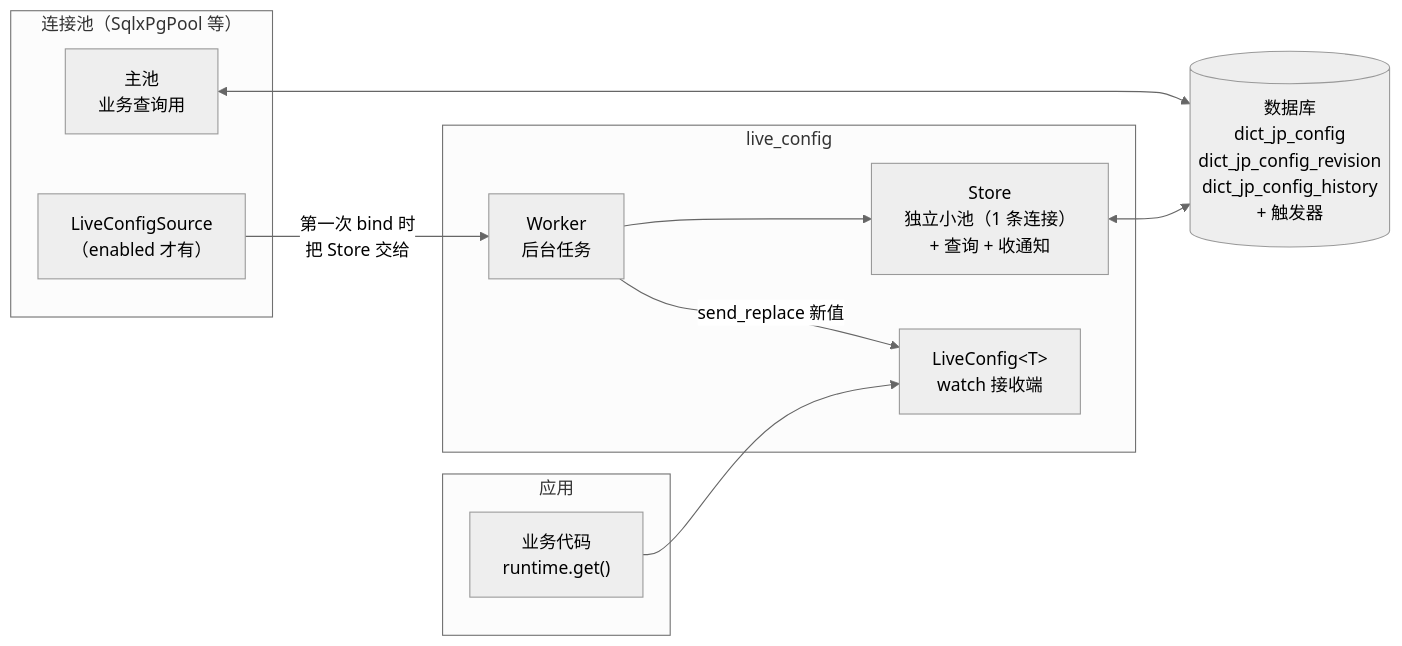
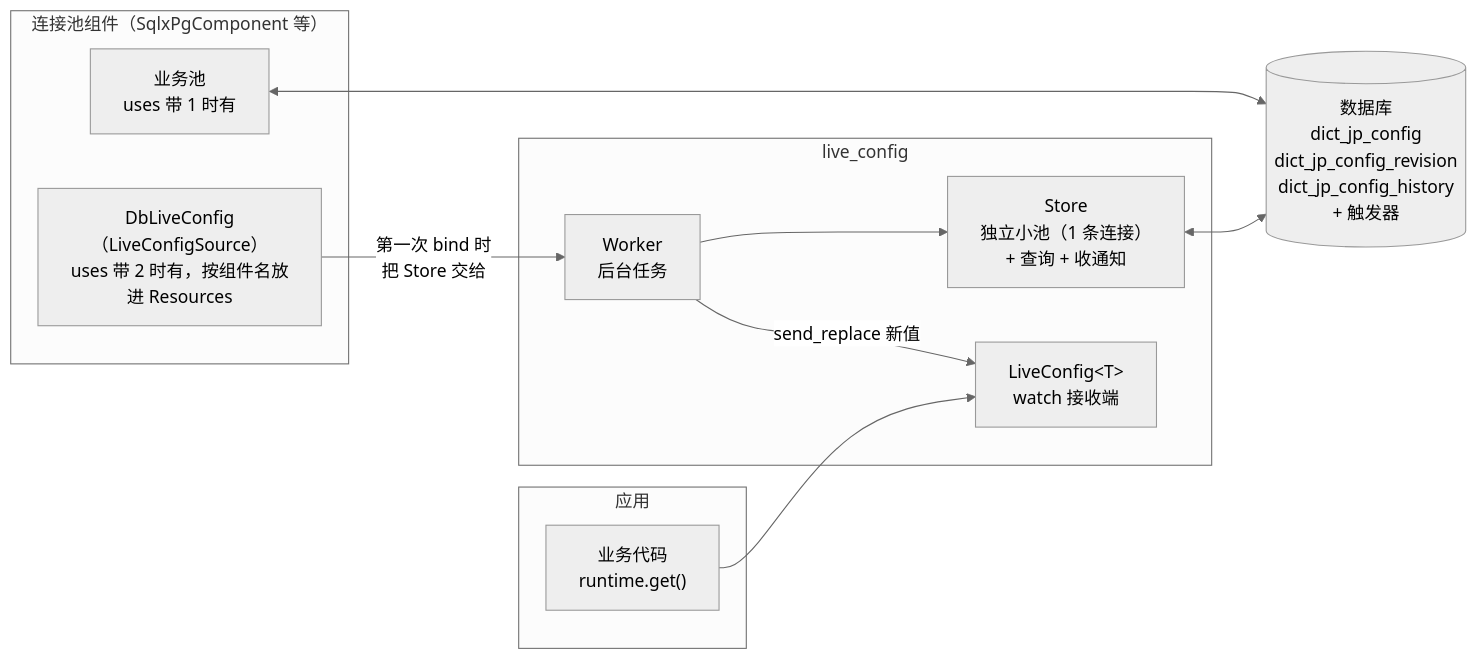
The first of 7 diagrams in docs/design/live-config.md (tpxxwz/hygiea), drawn with Mermaid (neutral theme) before and after one commit. The commit also changed other lines of this file and 47 other files, not shown here.

First line of the commit message:
feat(db): 锁、动态配置组件化：uses 位掩码 + 泛型组件 DbComponent，资源 DbLock / DbLiveConfig

````diff
--- a/docs/design/live-config.md
+++ b/docs/design/live-config.md
@@ -117,23 +124,23 @@
 ```mermaid
 flowchart LR
     subgraph app["应用"]
         biz["业务代码<br/>runtime.get()"]
     end
-    subgraph pool["连接池（SqlxPgPool 等）"]
-        main["主池<br/>业务查询用"]
-        src["LiveConfigSource<br/>（enabled 才有）"]
+    subgraph pool["连接池组件（SqlxPgComponent 等）"]
+        main["业务池<br/>uses 带 1 时有"]
+        src["DbLiveConfig（LiveConfigSource）<br/>uses 带 2 时有，按组件名放进 Resources"]
     end
     subgraph lc["live_config"]
         worker["Worker<br/>后台任务"]
         store["Store<br/>独立小池（1 条连接）<br/>+ 查询 + 收通知"]
         handle["LiveConfig&lt;T&gt;<br/>watch 接收端"]
     end
     db[("数据库<br/>dict_jp_config<br/>dict_jp_config_revision<br/>dict_jp_config_history<br/>+ 触发器")]
 
     biz --> handle
     src -- "第一次 bind 时<br/>把 Store 交给" --> worker
     worker --> store
     store <--> db
     worker -- "send_replace 新值" --> handle
     main <--> db
 ```
````
